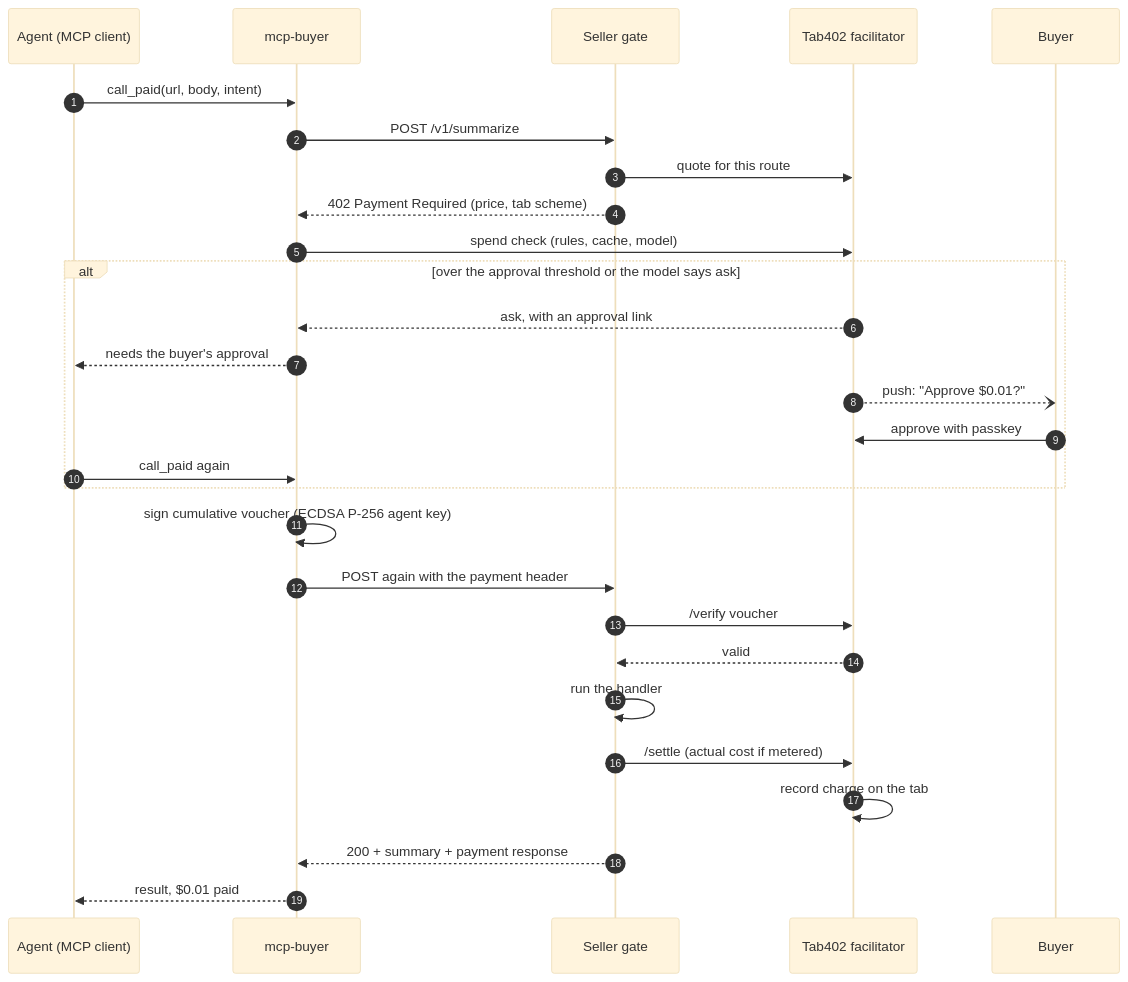
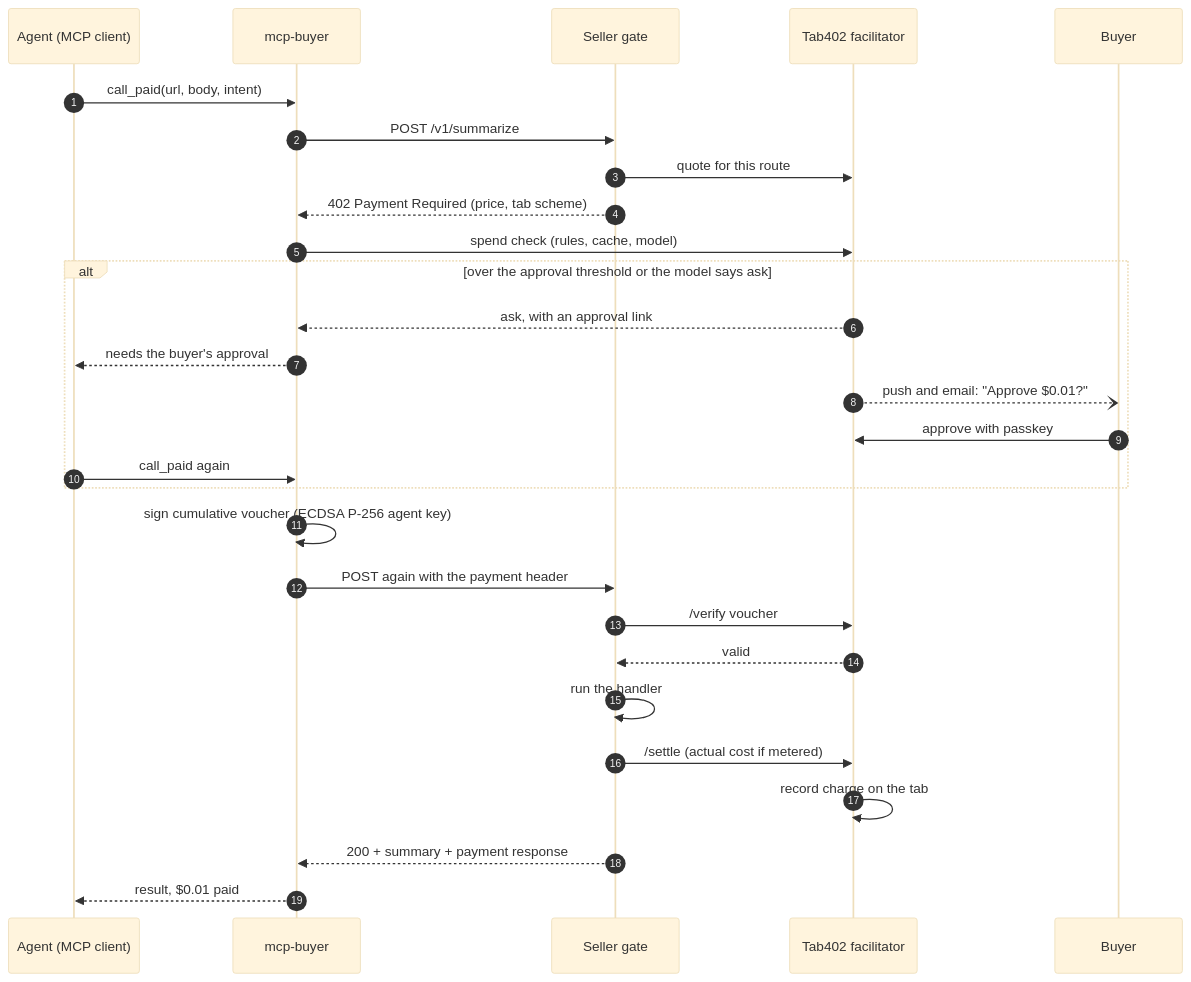
One commit to 0xhaz/Tab402 changed the second of 8 diagrams in README.md. Above: the diagram before and after it, drawn with Mermaid (base theme). The commit also changed other lines of this file and 3 other files, not shown here.

````diff
--- a/README.md
+++ b/README.md
@@ -107,31 +107,31 @@
 ```mermaid
 sequenceDiagram
   autonumber
   participant A as Agent (MCP client)
   participant M as mcp-buyer
   participant S as Seller gate
   participant F as Tab402 facilitator
   participant H as Buyer
 
   A->>M: call_paid(url, body, intent)
   M->>S: POST /v1/summarize
   S->>F: quote for this route
   S-->>M: 402 Payment Required (price, tab scheme)
   M->>F: spend check (rules, cache, model)
   alt over the approval threshold or the model says ask
     F-->>M: ask, with an approval link
     M-->>A: needs the buyer's approval
-    F--)H: push: "Approve $0.01?"
+    F--)H: push and email: "Approve $0.01?"
     H->>F: approve with passkey
     A->>M: call_paid again
   end
   M->>M: sign cumulative voucher (ECDSA P-256 agent key)
   M->>S: POST again with the payment header
   S->>F: /verify voucher
   F-->>S: valid
   S->>S: run the handler
   S->>F: /settle (actual cost if metered)
   F->>F: record charge on the tab
   S-->>M: 200 + summary + payment response
   M-->>A: result, $0.01 paid
 ```
````
